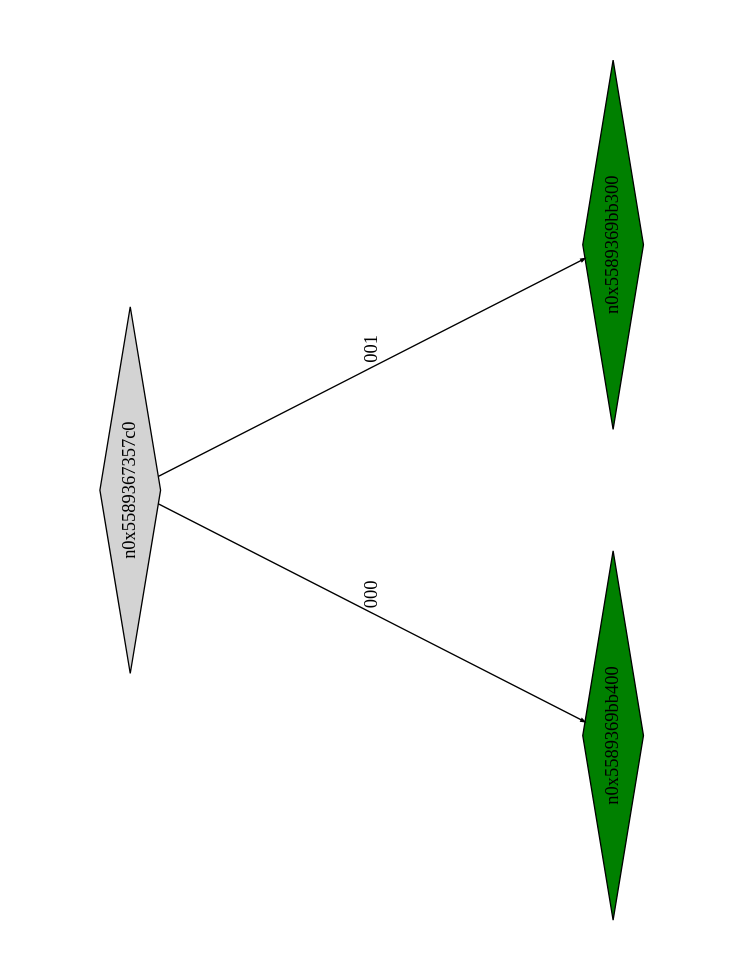
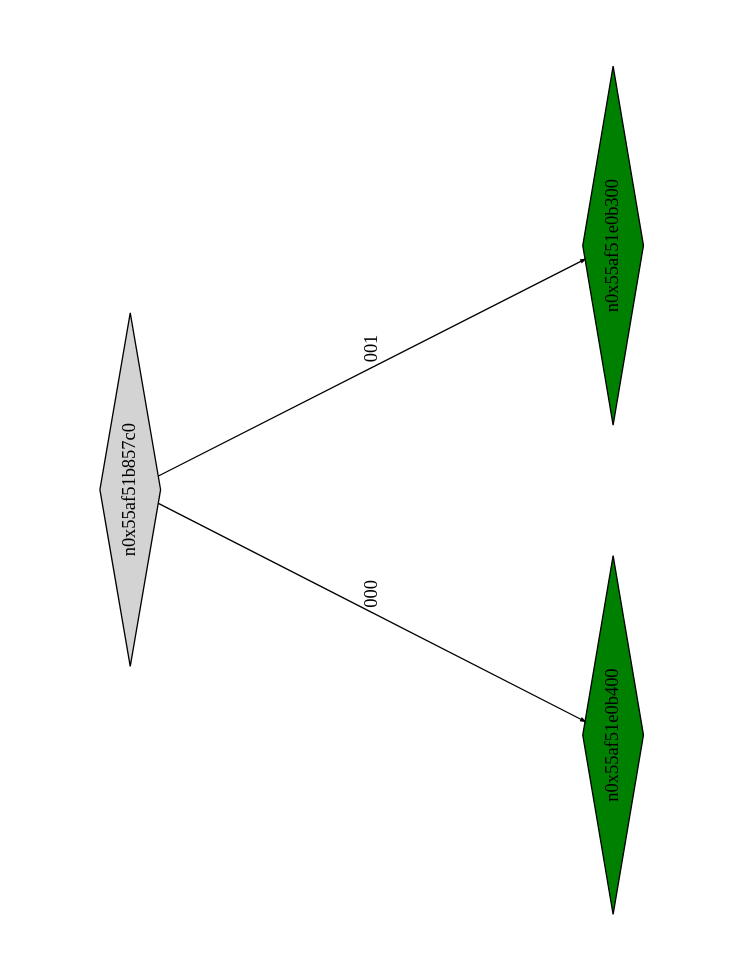
One commit to Research-Tools-PAVT/PSE-Program-Examples changed the diagram in example2_klee_out/ptree_00000022.dot. Above: the diagram before and after it, drawn with Graphviz. The commit also changed 60 other files, not shown here.

```diff
--- a/example2_klee_out/ptree_00000022.dot
+++ b/example2_klee_out/ptree_00000022.dot
@@ -1,13 +1,13 @@
 digraph G {
 	size="10,7.5";
 	ratio=fill;
 	rotate=90;
 	center = "true";
 	node [style="filled",width=.1,height=.1,fontname="Terminus"]
 	edge [arrowsize=.3]
-	n0x5589367357c0 [shape=diamond];
-	n0x5589367357c0 -> n0x5589369bb400 [label=000];
-	n0x5589367357c0 -> n0x5589369bb300 [label=001];
-	n0x5589369bb300 [shape=diamond,fillcolor=green];
-	n0x5589369bb400 [shape=diamond,fillcolor=green];
+	n0x55af51b857c0 [shape=diamond];
+	n0x55af51b857c0 -> n0x55af51e0b400 [label=000];
+	n0x55af51b857c0 -> n0x55af51e0b300 [label=001];
+	n0x55af51e0b300 [shape=diamond,fillcolor=green];
+	n0x55af51e0b400 [shape=diamond,fillcolor=green];
 }
```
